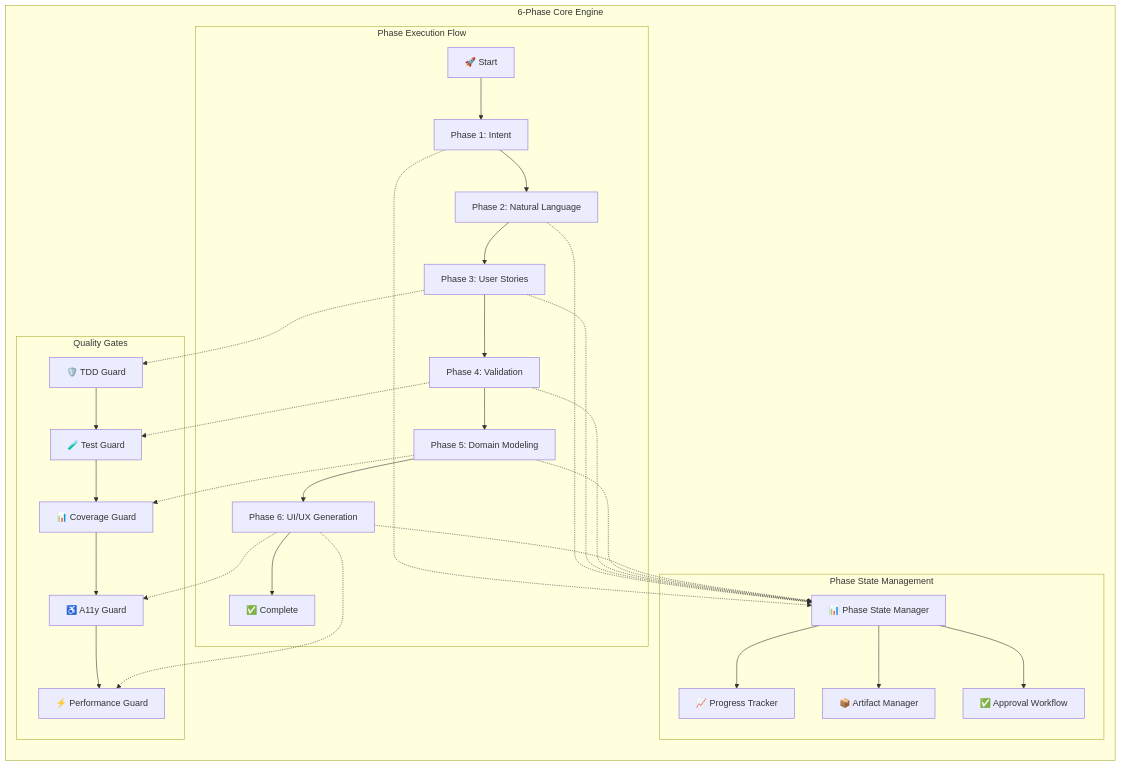
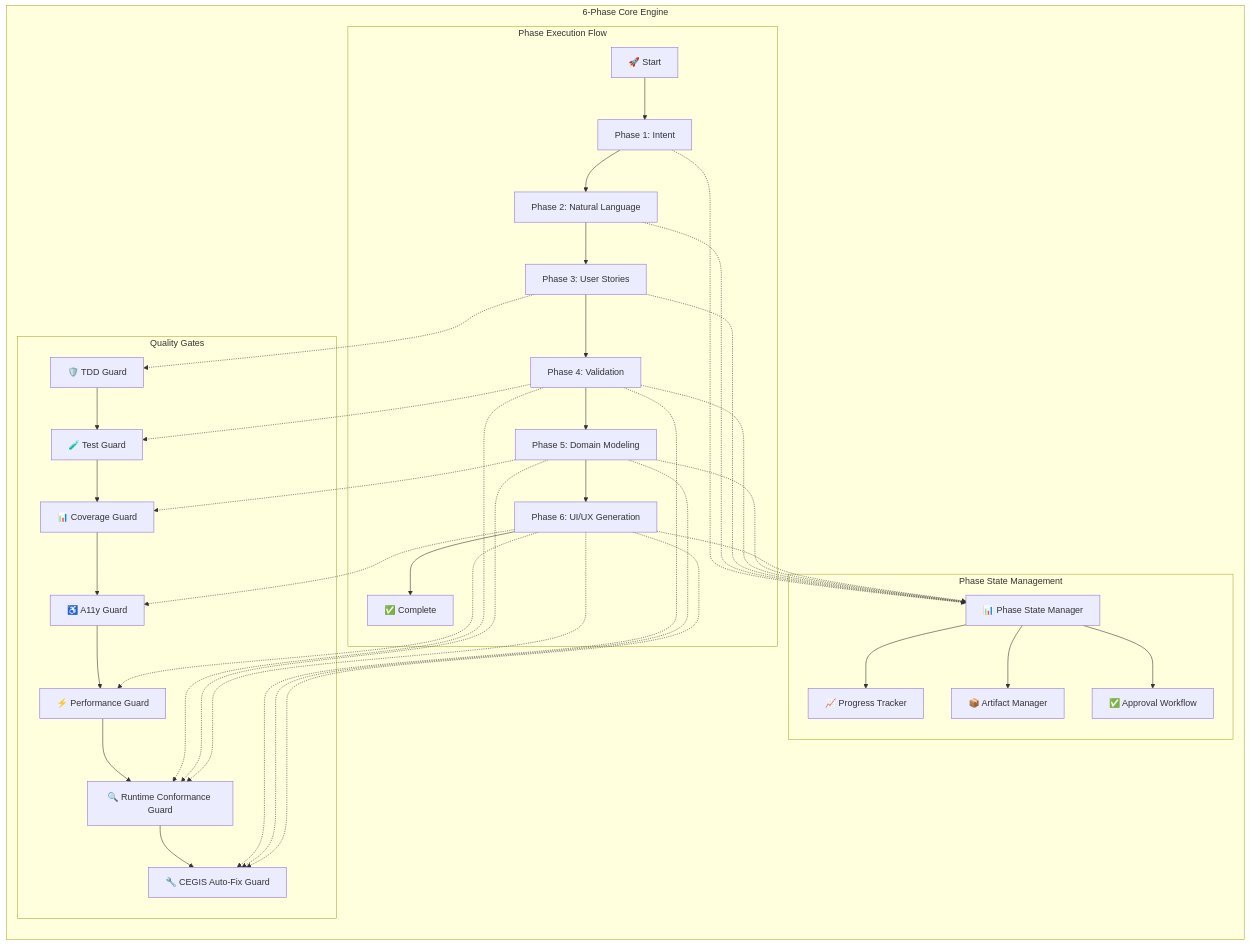
One commit to itdojp/ae-framework changed the fourth of 15 diagrams in docs/architecture/AE-FRAMEWORK-ARCHITECTURE-2025.md. Above: the diagram before and after it, drawn with Mermaid. The commit also changed other lines of this file and 1 other file, not shown here.

First line of the commit message:
docs: update architecture documentation with CEGIS and Runtime Conformance

````diff
--- a/docs/architecture/AE-FRAMEWORK-ARCHITECTURE-2025.md
+++ b/docs/architecture/AE-FRAMEWORK-ARCHITECTURE-2025.md
@@ -319,53 +353,63 @@
 ```mermaid
 graph TB
     subgraph "6-Phase Core Engine"
         direction TB
         
         subgraph "Phase Execution Flow"
             START[🚀 Start] --> P1[Phase 1: Intent]
             P1 --> P2[Phase 2: Natural Language]
             P2 --> P3[Phase 3: User Stories]
             P3 --> P4[Phase 4: Validation]
             P4 --> P5[Phase 5: Domain Modeling]
             P5 --> P6[Phase 6: UI/UX Generation]
             P6 --> COMPLETE[✅ Complete]
         end
         
         subgraph "Phase State Management"
             STATE_MGR[📊 Phase State Manager]
             PROGRESS[📈 Progress Tracker]
             ARTIFACTS[📦 Artifact Manager]
             APPROVAL[✅ Approval Workflow]
             
             STATE_MGR --> PROGRESS
             STATE_MGR --> ARTIFACTS
             STATE_MGR --> APPROVAL
         end
         
         subgraph "Quality Gates"
             TDD_GUARD[🛡️ TDD Guard]
             TEST_GUARD[🧪 Test Guard]
             COVERAGE_GUARD[📊 Coverage Guard]
             A11Y_GUARD[♿ A11y Guard]
             PERF_GUARD[⚡ Performance Guard]
+            CONFORMANCE_GUARD[🔍 Runtime Conformance Guard]
+            CEGIS_GUARD[🔧 CEGIS Auto-Fix Guard]
             
             TDD_GUARD --> TEST_GUARD
             TEST_GUARD --> COVERAGE_GUARD
             COVERAGE_GUARD --> A11Y_GUARD
             A11Y_GUARD --> PERF_GUARD
+            PERF_GUARD --> CONFORMANCE_GUARD
+            CONFORMANCE_GUARD --> CEGIS_GUARD
         end
         
         P1 -.-> STATE_MGR
         P2 -.-> STATE_MGR
         P3 -.-> STATE_MGR
         P4 -.-> STATE_MGR
         P5 -.-> STATE_MGR
         P6 -.-> STATE_MGR
         
         P3 -.-> TDD_GUARD
         P4 -.-> TEST_GUARD
         P5 -.-> COVERAGE_GUARD
         P6 -.-> A11Y_GUARD
         P6 -.-> PERF_GUARD
+        P4 -.-> CONFORMANCE_GUARD
+        P5 -.-> CONFORMANCE_GUARD
+        P6 -.-> CONFORMANCE_GUARD
+        P4 -.-> CEGIS_GUARD
+        P5 -.-> CEGIS_GUARD
+        P6 -.-> CEGIS_GUARD
     end
 ```
````
